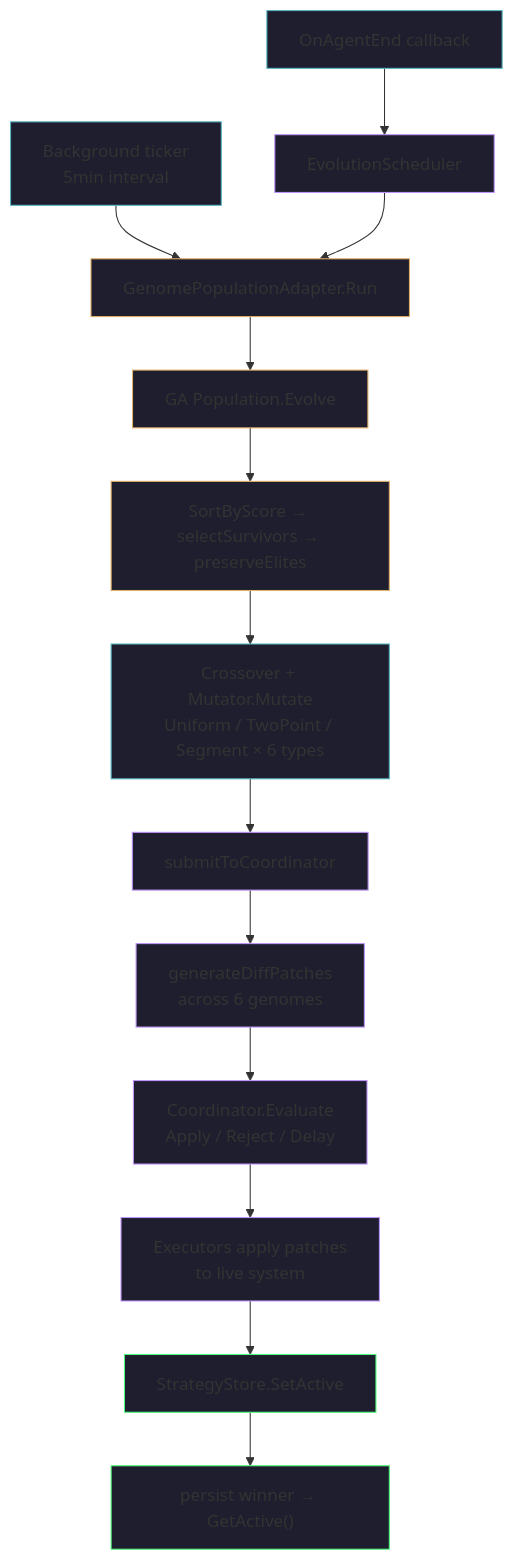
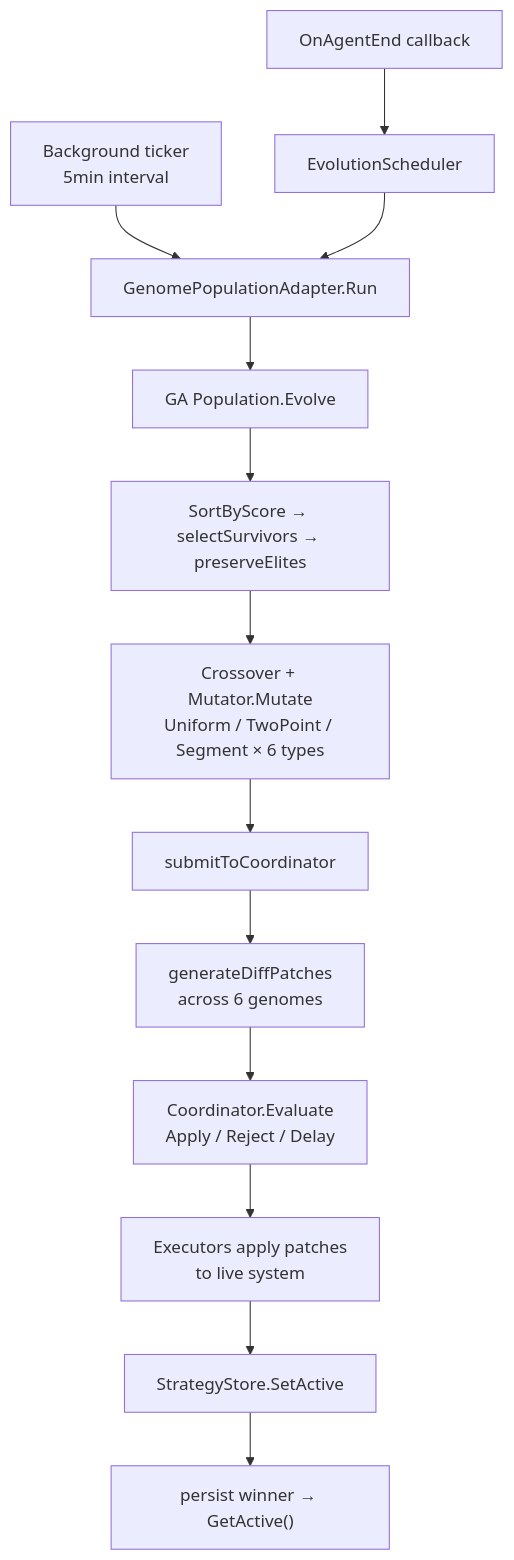
One commit to Timwood0x10/myblog changed the eighth of 9 diagrams in content/log/ARES/11-autonomous-evolution-deep-dive.md. Above: the diagram before and after it, drawn with Mermaid. The commit also changed other lines of this file and 11 other files, not shown here.

Commit message:
refactor(theme): unify Mermaid chart theme styles

````diff
--- a/content/log/ARES/11-autonomous-evolution-deep-dive.md
+++ b/content/log/ARES/11-autonomous-evolution-deep-dive.md
@@ -2173,32 +2138,19 @@
 ```mermaid
 graph TD
     BT["Background ticker\n5min interval"] --> GPA[GenomePopulationAdapter.Run]
     OAC[OnAgentEnd callback] --> ES[EvolutionScheduler]
     ES --> GPA
 
     GPA --> GA[GA Population.Evolve]
     GA --> SORT["SortByScore → selectSurvivors → preserveElites"]
     SORT --> CROSSMUT["Crossover + Mutator.Mutate\nUniform / TwoPoint / Segment × 6 types"]
 
     CROSSMUT --> STC[submitToCoordinator]
     STC --> GDP["generateDiffPatches\nacross 6 genomes"]
     GDP --> CE["Coordinator.Evaluate\nApply / Reject / Delay"]
     CE --> EXE["Executors apply patches\nto live system"]
 
     EXE --> SSA[StrategyStore.SetActive]
     SSA --> PW["persist winner → GetActive()"]
 
-    style BT fill:#1e1e2e,stroke:#56b6c2
-    style OAC fill:#1e1e2e,stroke:#56b6c2
-    style ES fill:#1e1e2e,stroke:#bd93f9
-    style GPA fill:#1e1e2e,stroke:#e0af68
-    style GA fill:#1e1e2e,stroke:#e0af68
-    style SORT fill:#1e1e2e,stroke:#e0af68
-    style CROSSMUT fill:#1e1e2e,stroke:#56b6c2
-    style STC fill:#1e1e2e,stroke:#bd93f9
-    style GDP fill:#1e1e2e,stroke:#bd93f9
-    style CE fill:#1e1e2e,stroke:#bd93f9
-    style EXE fill:#1e1e2e,stroke:#bd93f9
-    style SSA fill:#1e1e2e,stroke:#50fa7b
-    style PW fill:#1e1e2e,stroke:#50fa7b
 ```
````
